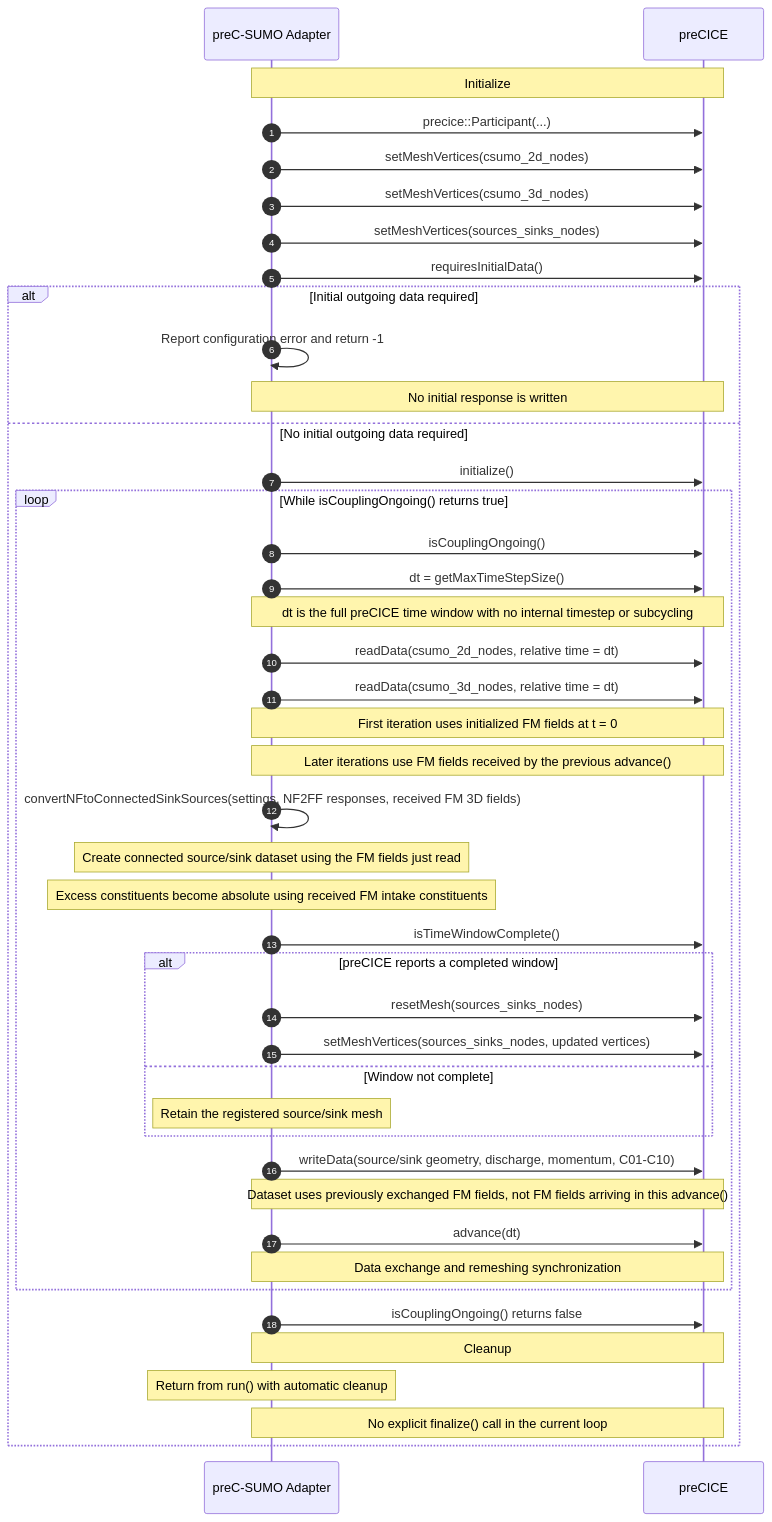
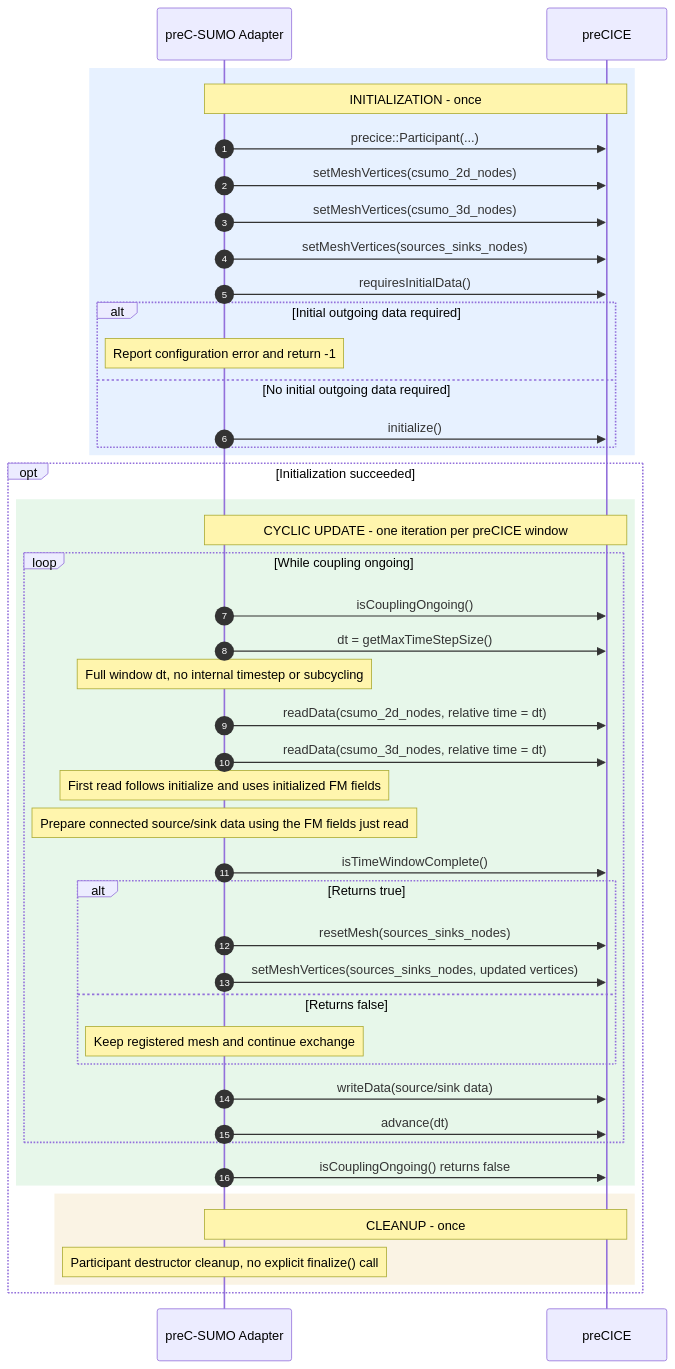
The diagram in src/tools_gpl/pre_c_sumo/docs/include/preC_SUMO_adapter_sequence_diagram.mmd (Deltares/Delft3D), drawn with Mermaid before and after one commit. The commit also changed 2 other files, not shown here.

Commit message:
Updated the mermaid diagrams based on review comments

```diff
--- a/src/tools_gpl/pre_c_sumo/docs/include/preC_SUMO_adapter_sequence_diagram.mmd
+++ b/src/tools_gpl/pre_c_sumo/docs/include/preC_SUMO_adapter_sequence_diagram.mmd
@@ -1,46 +1,48 @@
 sequenceDiagram
     autonumber
     participant S as preC-SUMO Adapter
     participant P as preCICE
 
-    Note over S,P: Initialize
-    S->>P: precice::Participant(...)
-    S->>P: setMeshVertices(csumo_2d_nodes)
-    S->>P: setMeshVertices(csumo_3d_nodes)
-    S->>P: setMeshVertices(sources_sinks_nodes)
-    S->>P: requiresInitialData()
-    alt Initial outgoing data required
-        S->>S: Report configuration error and return -1
-        Note over S,P: No initial response is written
-    else No initial outgoing data required
-        S->>P: initialize()
+    rect rgba(56, 139, 253, 0.12)
+        Note over S,P: INITIALIZATION - once
+        S->>P: precice::Participant(...)
+        S->>P: setMeshVertices(csumo_2d_nodes)
+        S->>P: setMeshVertices(csumo_3d_nodes)
+        S->>P: setMeshVertices(sources_sinks_nodes)
+        S->>P: requiresInitialData()
+        alt Initial outgoing data required
+            Note over S: Report configuration error and return -1
+        else No initial outgoing data required
+            S->>P: initialize()
+        end
+    end
 
-    loop While isCouplingOngoing() returns true
-        S->>P: isCouplingOngoing()
-        S->>P: dt = getMaxTimeStepSize()
-        Note over S,P: dt is the full preCICE time window with no internal timestep or subcycling
-        S->>P: readData(csumo_2d_nodes, relative time = dt)
-        S->>P: readData(csumo_3d_nodes, relative time = dt)
-        Note over S,P: First iteration uses initialized FM fields at t = 0
-        Note over S,P: Later iterations use FM fields received by the previous advance()
-        S->>S: convertNFtoConnectedSinkSources(settings, NF2FF responses, received FM 3D fields)
-        Note over S: Create connected source/sink dataset using the FM fields just read
-        Note over S: Excess constituents become absolute using received FM intake constituents
-        S->>P: isTimeWindowComplete()
-        alt preCICE reports a completed window
-            S->>P: resetMesh(sources_sinks_nodes)
-            S->>P: setMeshVertices(sources_sinks_nodes, updated vertices)
-        else Window not complete
-            Note over S: Retain the registered source/sink mesh
+    opt Initialization succeeded
+        rect rgba(63, 185, 80, 0.12)
+            Note over S,P: CYCLIC UPDATE - one iteration per preCICE window
+            loop While coupling ongoing
+                S->>P: isCouplingOngoing()
+                S->>P: dt = getMaxTimeStepSize()
+                Note over S: Full window dt, no internal timestep or subcycling
+                S->>P: readData(csumo_2d_nodes, relative time = dt)
+                S->>P: readData(csumo_3d_nodes, relative time = dt)
+                Note over S: First read follows initialize and uses initialized FM fields
+                Note over S: Prepare connected source/sink data using the FM fields just read
+                S->>P: isTimeWindowComplete()
+                alt Returns true
+                    S->>P: resetMesh(sources_sinks_nodes)
+                    S->>P: setMeshVertices(sources_sinks_nodes, updated vertices)
+                else Returns false
+                    Note over S: Keep registered mesh and continue exchange
+                end
+                S->>P: writeData(source/sink data)
+                S->>P: advance(dt)
+            end
+            S->>P: isCouplingOngoing() returns false
         end
-        S->>P: writeData(source/sink geometry, discharge, momentum, C01-C10)
-        Note over S,P: Dataset uses previously exchanged FM fields, not FM fields arriving in this advance()
-        S->>P: advance(dt)
-        Note over S,P: Data exchange and remeshing synchronization
+
+        rect rgba(210, 153, 34, 0.12)
+            Note over S,P: CLEANUP - once
+            Note over S: Participant destructor cleanup, no explicit finalize() call
+        end
     end
-    S->>P: isCouplingOngoing() returns false
-
-    Note over S,P: Cleanup
-    Note over S: Return from run() with automatic cleanup
-    Note over S,P: No explicit finalize() call in the current loop
-    end
```
